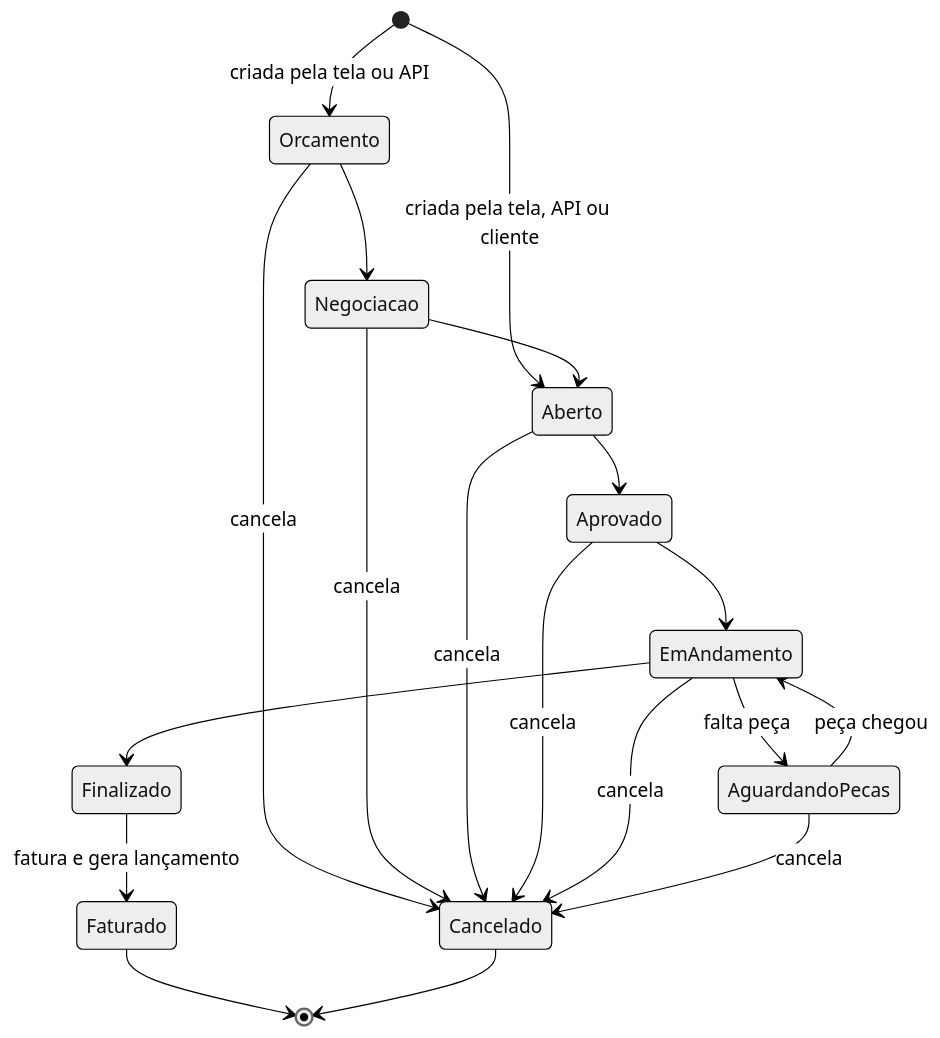
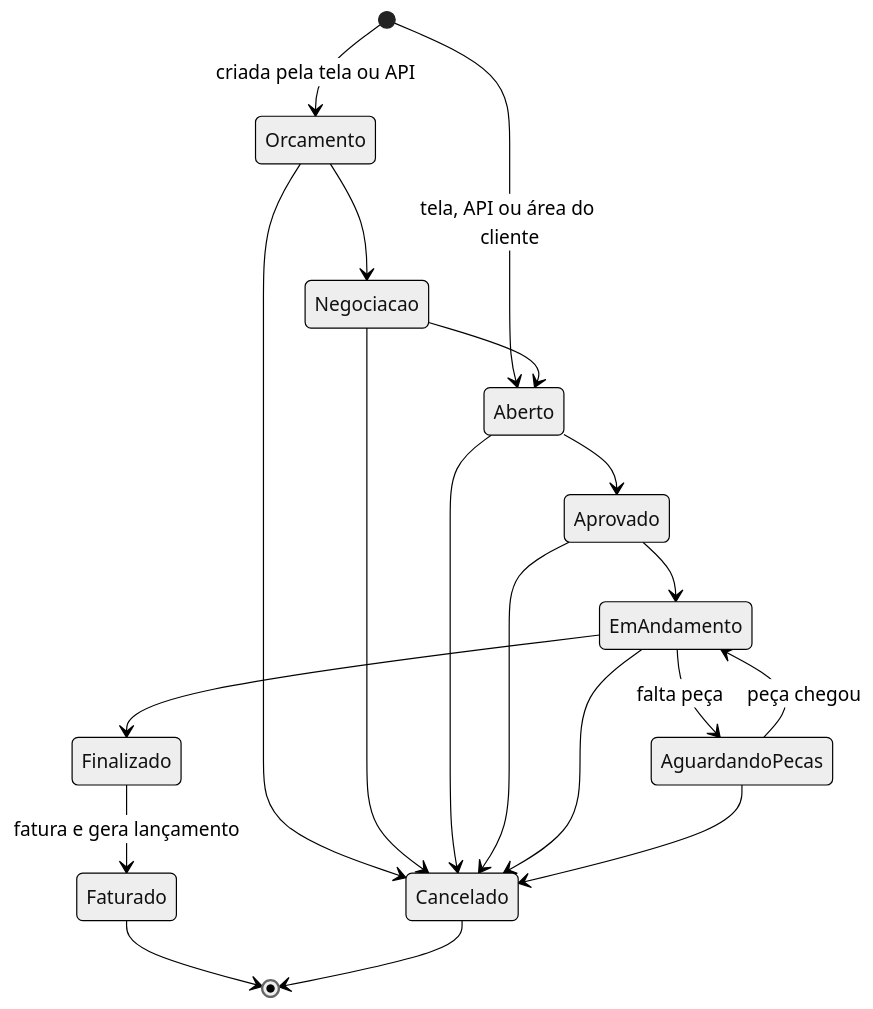
The first of 3 diagrams in .n45/docs/diagrams/state-machines.md (s1k3ira/mapos), drawn with Mermaid before and after one commit. The commit also changed other lines of this file and 52 other files, not shown here.

Commit message:
chore(n45): roadmap feat-0001-melhoria-seguranca encerrado e arquivado

````diff
--- a/.n45/docs/diagrams/state-machines.md
+++ b/.n45/docs/diagrams/state-machines.md
@@ -9,22 +9,22 @@
 ```mermaid
 %%{init: {'theme': 'neutral'} }%%
 stateDiagram-v2
   [*] --> Orcamento: criada pela tela ou API
-  [*] --> Aberto: criada pela tela, API ou cliente
+  [*] --> Aberto: tela, API ou área do cliente
   Orcamento --> Negociacao
   Negociacao --> Aberto
   Aberto --> Aprovado
   Aprovado --> EmAndamento
   EmAndamento --> AguardandoPecas: falta peça
   AguardandoPecas --> EmAndamento: peça chegou
   EmAndamento --> Finalizado
   Finalizado --> Faturado: fatura e gera lançamento
-  Orcamento --> Cancelado: cancela
-  Negociacao --> Cancelado: cancela
-  Aberto --> Cancelado: cancela
-  Aprovado --> Cancelado: cancela
-  EmAndamento --> Cancelado: cancela
-  AguardandoPecas --> Cancelado: cancela
+  Orcamento --> Cancelado
+  Negociacao --> Cancelado
+  Aberto --> Cancelado
+  Aprovado --> Cancelado
+  EmAndamento --> Cancelado
+  AguardandoPecas --> Cancelado
   Faturado --> [*]
   Cancelado --> [*]
 ```
````
